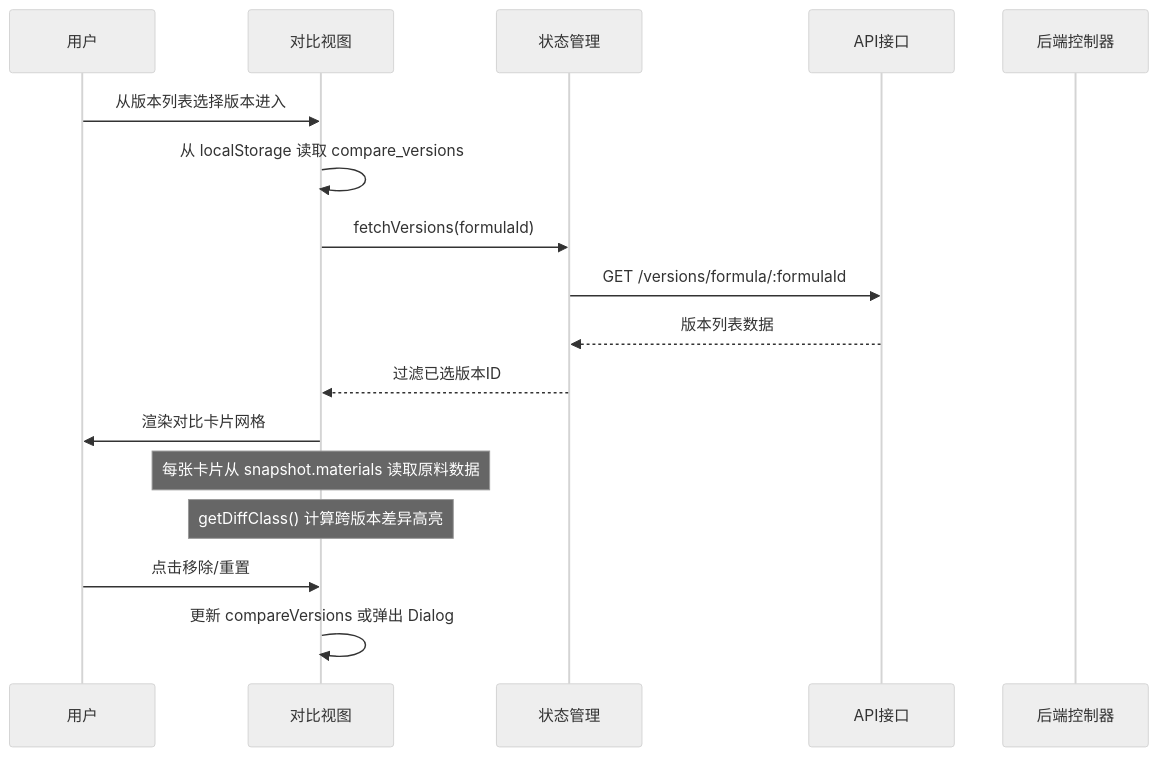
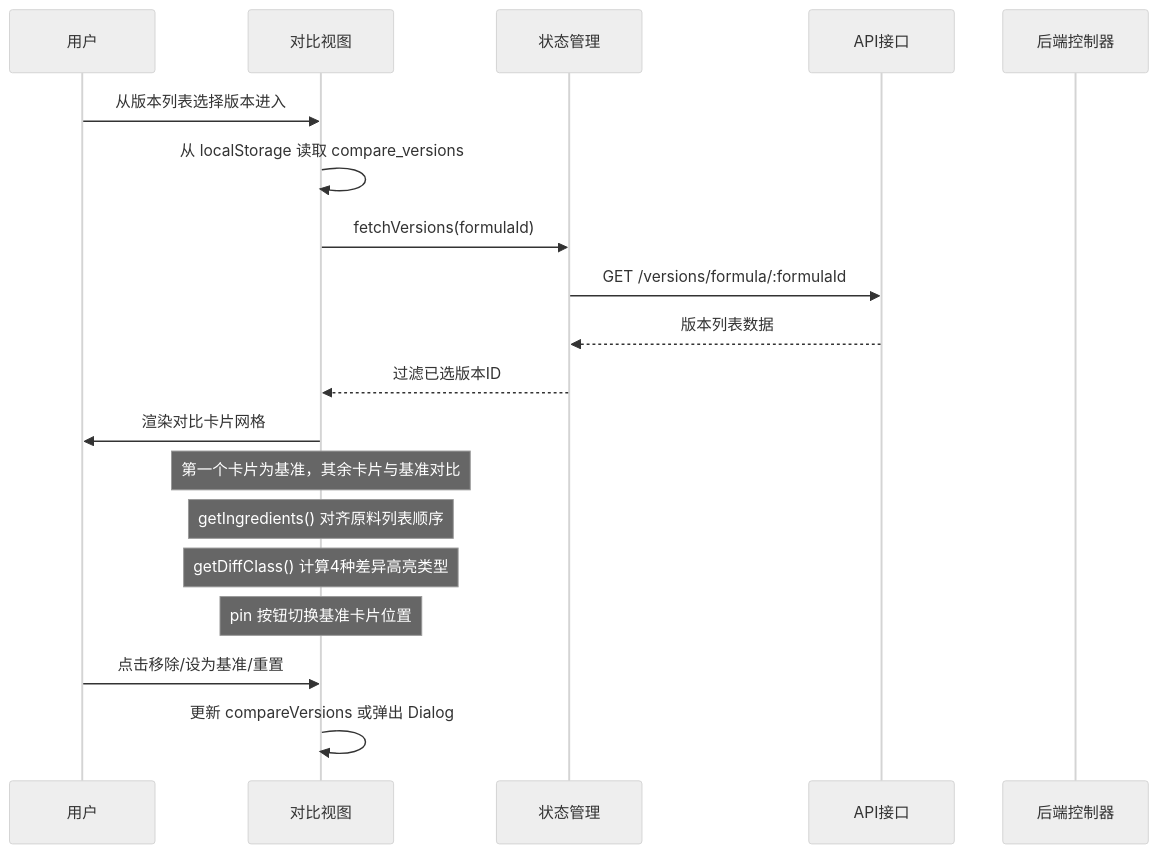
The tenth of 18 diagrams in .qoder/repowiki/zh/content/核心功能模块/版本控制系统/版本控制系统.md (xpretycn/TingStudio), drawn with Mermaid (neutral theme) before and after one commit. The commit also changed other lines of this file and 4 other files, not shown here.

````diff
--- a/.qoder/repowiki/zh/content/核心功能模块/版本控制系统/版本控制系统.md
+++ b/.qoder/repowiki/zh/content/核心功能模块/版本控制系统/版本控制系统.md
@@ -482,19 +503,21 @@
 ```mermaid
 sequenceDiagram
 participant User as 用户
 participant CompareView as 对比视图
 participant Store as 状态管理
 participant API as API接口
 participant Controller as 后端控制器
 User->>CompareView : 从版本列表选择版本进入
 CompareView->>CompareView : 从 localStorage 读取 compare_versions
 CompareView->>Store : fetchVersions(formulaId)
 Store->>API : GET /versions/formula/:formulaId
 API-->>Store : 版本列表数据
 Store-->>CompareView : 过滤已选版本ID
 CompareView->>User : 渲染对比卡片网格
-Note over CompareView: 每张卡片从 snapshot.materials 读取原料数据
-Note over CompareView: getDiffClass() 计算跨版本差异高亮
-User->>CompareView : 点击移除/重置
+Note over CompareView: 第一个卡片为基准，其余卡片与基准对比
+Note over CompareView: getIngredients() 对齐原料列表顺序
+Note over CompareView: getDiffClass() 计算4种差异高亮类型
+Note over CompareView: pin 按钮切换基准卡片位置
+User->>CompareView : 点击移除/设为基准/重置
 CompareView->>CompareView : 更新 compareVersions 或弹出 Dialog
 ```
````
